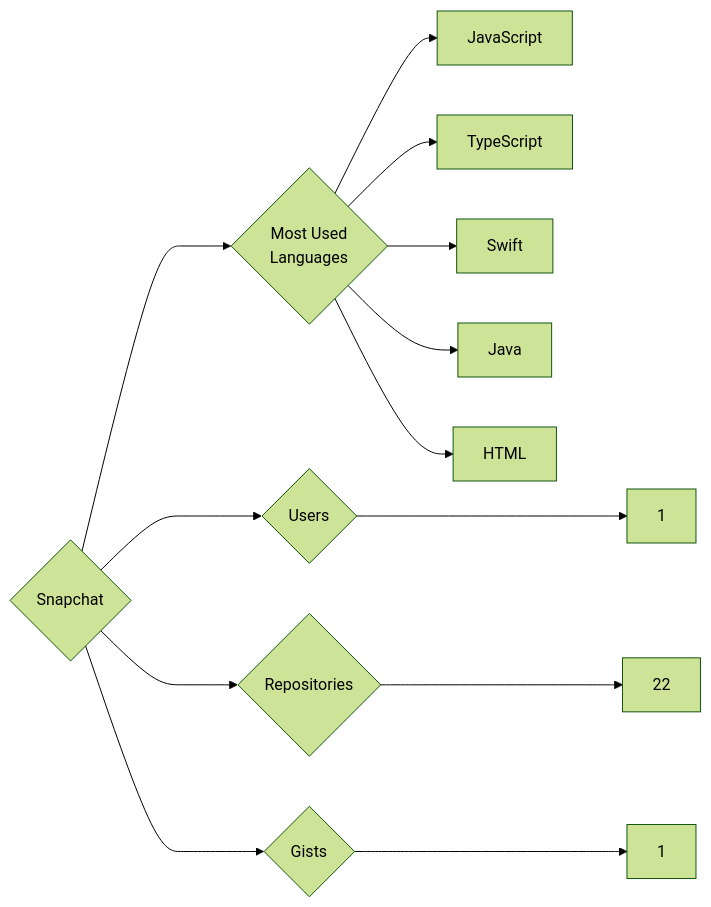
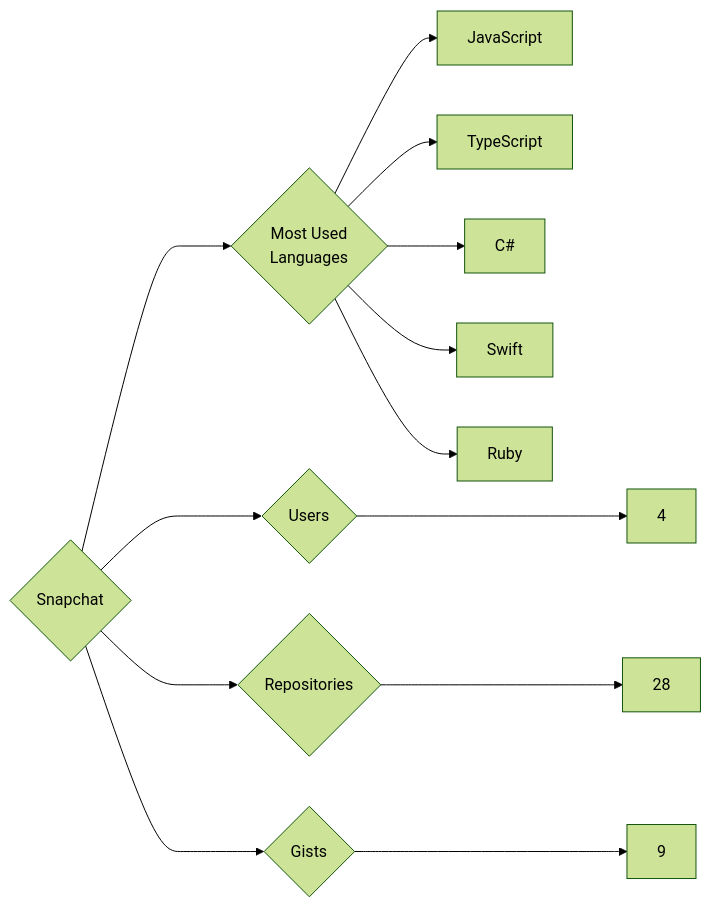
Before and after one commit to trickest/insiders: the diagram in targets/Snapchat/README.md, drawn with Mermaid (forest theme). The commit also changed 964 other files, not shown here.

````diff
--- a/targets/Snapchat/README.md
+++ b/targets/Snapchat/README.md
@@ -3,13 +3,13 @@
 ```mermaid
 graph LR
 COMPANY_NAME{Snapchat}
-COMPANY_NAME ---> U{Users} ---> UN[1]
-COMPANY_NAME ---> R{Repositories} ---> RN[22]
-COMPANY_NAME ---> G{Gists} ---> GN[1]
+COMPANY_NAME ---> U{Users} ---> UN[4]
+COMPANY_NAME ---> R{Repositories} ---> RN[28]
+COMPANY_NAME ---> G{Gists} ---> GN[9]
 COMPANY_NAME ---> ML{Most Used<br>Languages}
 ML --> JavaScript[JavaScript]
 ML --> TypeScript[TypeScript]
+ML --> C#[C#]
 ML --> Swift[Swift]
-ML --> Java[Java]
-ML --> HTML[HTML]
+ML --> Ruby[Ruby]
 ```
````
